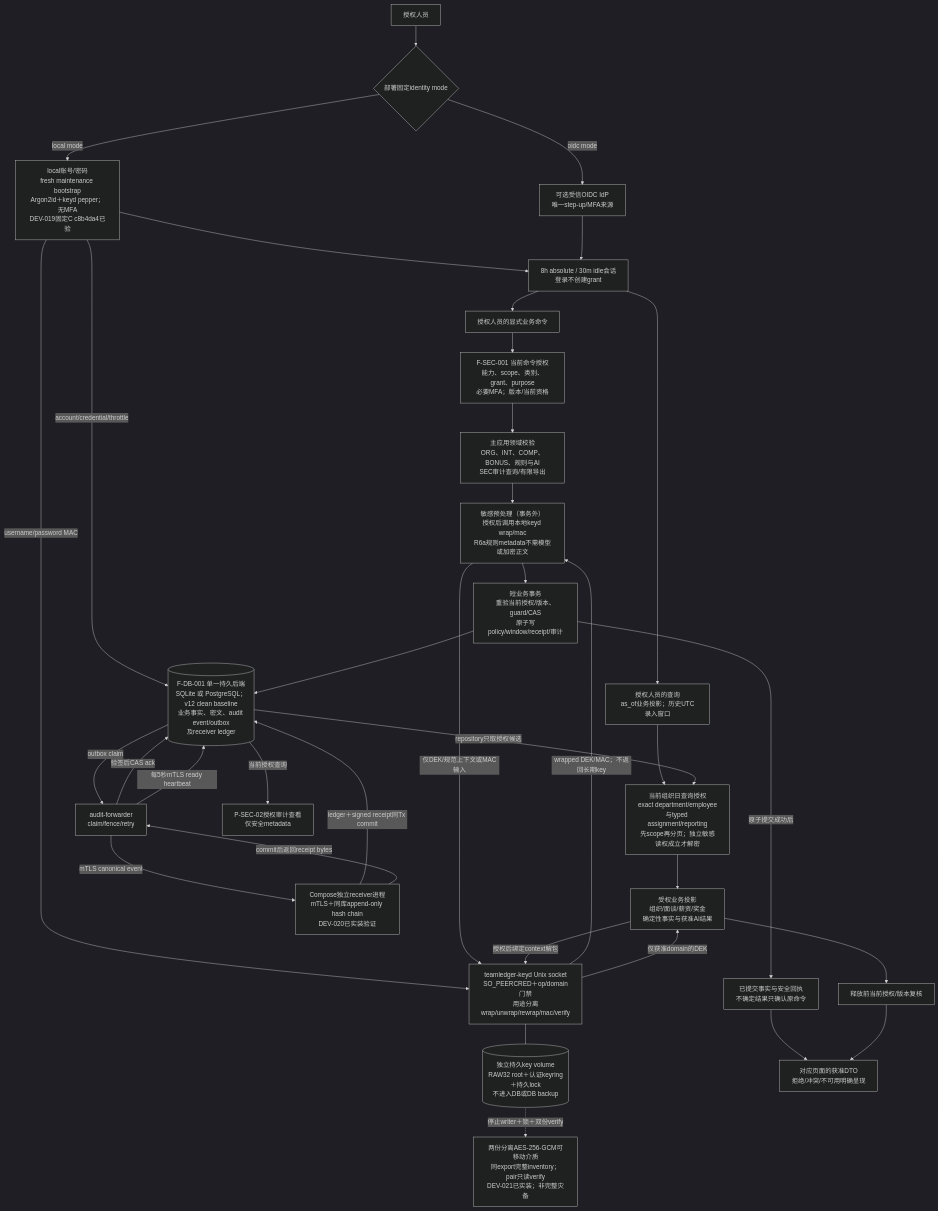
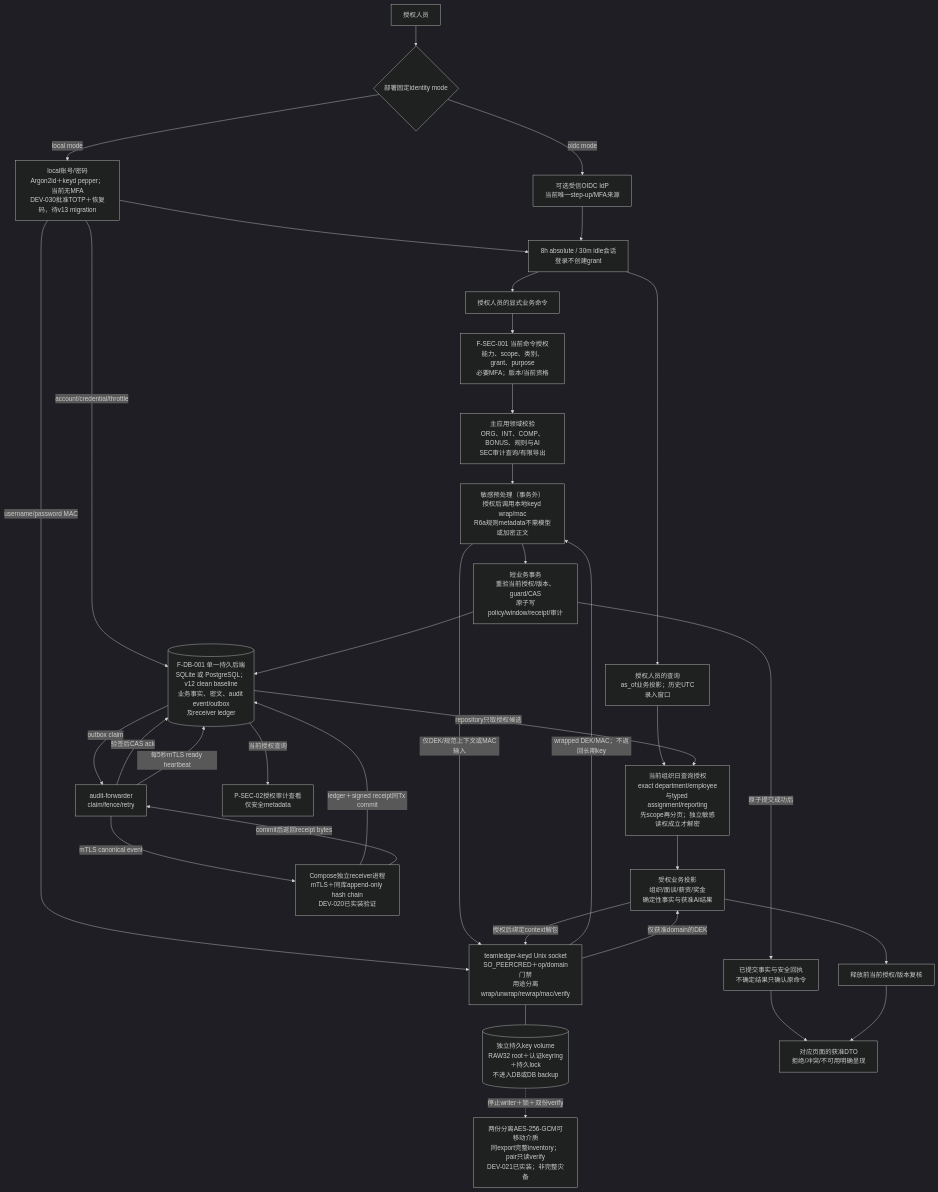
Before and after one commit to r404r/team-ledger-pub: the second of 12 diagrams in docs/FUNCTIONAL_SPEC.md, drawn with Mermaid (dark theme). The commit also changed other lines of this file and 8 other files, not shown here.

````diff
--- a/docs/FUNCTIONAL_SPEC.md
+++ b/docs/FUNCTIONAL_SPEC.md
@@ -53,52 +53,52 @@
 ```mermaid
 flowchart TB
     person["授权人员"]
     identity{"部署固定identity mode"}
-    local["local账号/密码<br/>fresh maintenance bootstrap<br/>Argon2id＋keyd pepper；无MFA<br/>DEV-019固定C c8b4da4已验"]
-    oidc["可选受信OIDC IdP<br/>唯一step-up/MFA来源"]
+    local["local账号/密码<br/>Argon2id＋keyd pepper；当前无MFA<br/>DEV-030批准TOTP＋恢复码，待v13 migration"]
+    oidc["可选受信OIDC IdP<br/>当前唯一step-up/MFA来源"]
     session["8h absolute / 30m idle会话<br/>登录不创建grant"]
     command["授权人员的显式业务命令"]
     gate["F-SEC-001 当前命令授权<br/>能力、scope、类别、grant、purpose<br/>必要MFA；版本/当前资格"]
     domain["主应用领域校验<br/>ORG、INT、COMP、BONUS、规则与AI<br/>SEC审计查询/有限导出"]
     prepare["敏感预处理（事务外）<br/>授权后调用本地keyd wrap/mac<br/>R6a规则metadata不需模型或加密正文"]
     keyd["teamledger-keyd Unix socket<br/>SO_PEERCRED＋op/domain门禁<br/>用途分离wrap/unwrap/rewrap/mac/verify"]
     keyfiles[("独立持久key volume<br/>RAW32 root＋认证keyring＋持久lock<br/>不进入DB或DB backup")]
     offline["两份分离AES-256-GCM可移动介质<br/>同export完整inventory；pair只读verify<br/>DEV-021已实装；非完整灾备"]
     tx["短业务事务<br/>重验当前授权/版本、guard/CAS<br/>原子写policy/window/receipt/审计"]
     store[("F-DB-001 单一持久后端<br/>SQLite 或 PostgreSQL；v12 clean baseline<br/>业务事实、密文、audit event/outbox<br/>及receiver ledger")]
     receipt["已提交事实与安全回执<br/>不确定结果只确认原命令"]
     query["授权人员的查询<br/>as_of业务投影；历史UTC录入窗口"]
     readgate["当前组织日查询授权<br/>exact department/employee与typed assignment/reporting<br/>先scope再分页；独立敏感读权成立才解密"]
     projection["受权业务投影<br/>组织/面谈/薪资/奖金<br/>确定性事实与获准AI结果"]
     release["释放前当前授权/版本复核"]
     view["对应页面的获准DTO<br/>拒绝/冲突/不可用明确呈现"]
     forwarder["audit-forwarder<br/>claim/fence/retry"]
     receiver["Compose独立receiver进程<br/>mTLS＋同库append-only hash chain<br/>DEV-020已实装验证"]
     audit["P-SEC-02授权审计查看<br/>仅安全metadata"]
 
     person --> identity
     identity -->|"local mode"| local --> session
     identity -->|"oidc mode"| oidc --> session
     local -->|"username/password MAC"| keyd
     local -->|"account/credential/throttle"| store
     session --> command
     session --> query
     command --> gate --> domain --> prepare --> tx --> store
     prepare -->|"仅DEK/规范上下文或MAC输入"| keyd
     keyd -->|"wrapped DEK/MAC；不返回长期key"| prepare
     keyd --- keyfiles
     keyfiles -.->|"停止writer＋锁＋双份verify"| offline
     tx -->|"原子提交成功后"| receipt --> view
     query --> readgate
     store -->|"repository只取授权候选"| readgate
     readgate --> projection --> release --> view
     projection -->|"授权后绑定context解包"| keyd
     keyd -->|"仅获准domain的DEK"| projection
     store -->|"outbox claim"| forwarder
     forwarder -->|"mTLS canonical event"| receiver
     receiver -->|"ledger＋signed receipt同Tx commit"| store
     receiver -->|"commit后返回receipt bytes"| forwarder
     forwarder -->|"验签后CAS ack"| store
     forwarder -->|"每5秒mTLS ready heartbeat"| store
     store -->|"当前授权查询"| audit
 ```
````
